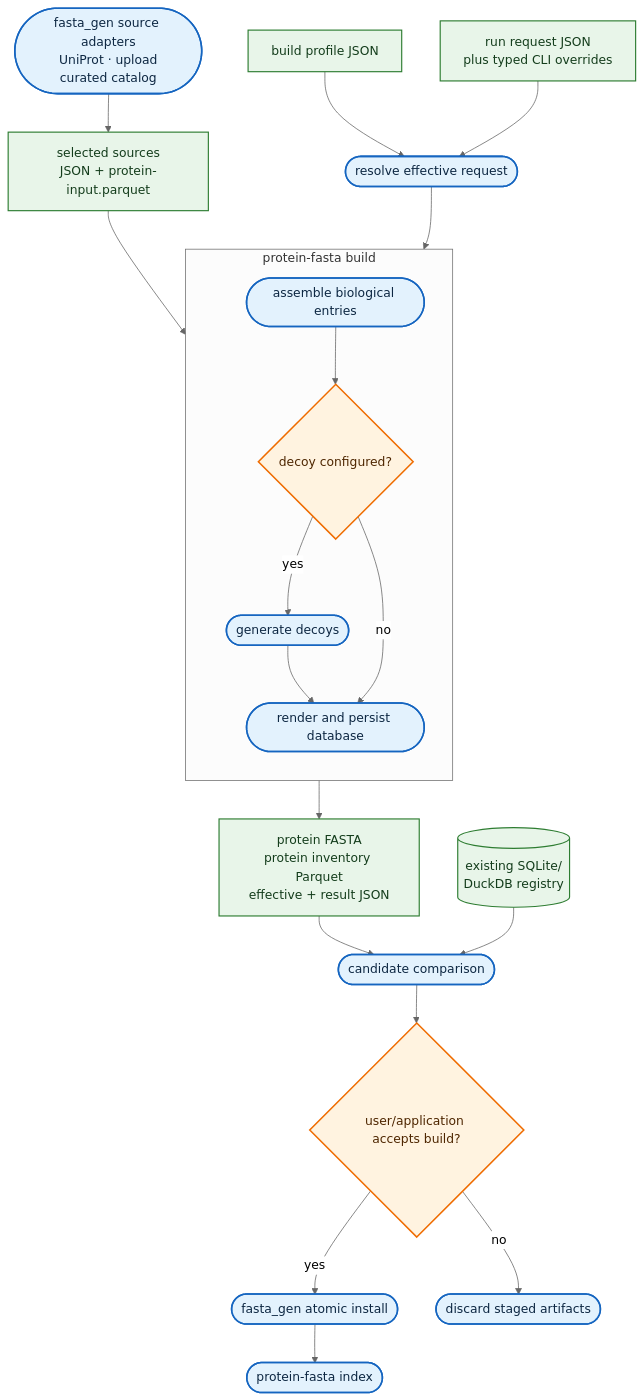
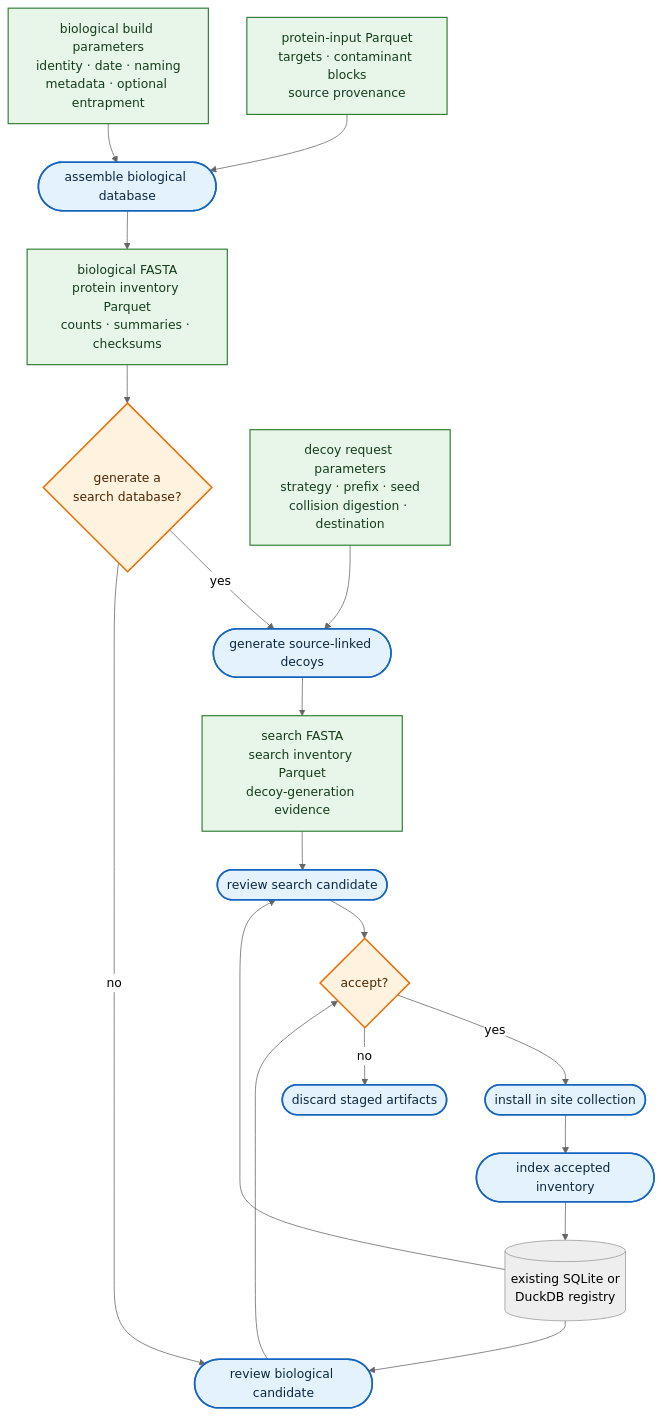
Before and after one commit to anndata-omics-bridge/protein-fasta: the second of 8 diagrams in docs/workflows.md, drawn with Mermaid (neutral theme). The commit also changed other lines of this file and 112 other files, not shown here.

Commit message:
feat: add staged protein and peptide workflows

````diff
--- a/docs/workflows.md
+++ b/docs/workflows.md
@@ -11,33 +42,27 @@
 ```mermaid
 flowchart TB
-    A(["fasta_gen source adapters<br/>UniProt · upload<br/>curated catalog"]) --> B["selected sources<br/>JSON + protein-input.parquet"]
-    P["build profile JSON"] --> C(["resolve effective request"])
-    R["run request JSON<br/>plus typed CLI overrides"] --> C
-    subgraph BUILD["protein-fasta build"]
-        direction TB
-        D(["assemble biological entries"])
-        N{"decoy configured?"}
-        O(["generate decoys"])
-        W(["render and persist database"])
-        D --> N
-        N -->|yes| O
-        O --> W
-        N -->|no| W
-    end
-    B --> D
-    C --> D
-    W --> F["protein FASTA<br/>protein inventory Parquet<br/>effective + result JSON"]
-    F --> H(["candidate comparison"])
-    I[("existing SQLite/<br/>DuckDB registry")] --> H
-    H --> J{"user/application accepts build?"}
-    J -->|yes| K(["fasta_gen atomic install"])
-    K --> L(["protein-fasta index"])
-    J -->|no| M(["discard staged artifacts"])
+    A["protein-input Parquet<br/>targets · contaminant blocks<br/>source provenance"] --> B(["assemble biological database"])
+    P["biological build parameters<br/>identity · date · naming<br/>metadata · optional entrapment"] --> B
+    B --> C["biological FASTA<br/>protein inventory Parquet<br/>counts · summaries · checksums"]
+    C --> D{"generate a<br/>search database?"}
+    Q["decoy request parameters<br/>strategy · prefix · seed<br/>collision digestion · destination"] --> E(["generate source-linked decoys"])
+    D -->|yes| E
+    D -->|no| F(["review biological candidate"])
+    E --> G["search FASTA<br/>search inventory Parquet<br/>decoy-generation evidence"]
+    G --> H(["review search candidate"])
+    F --> I{"accept?"}
+    H --> I
+    R[("existing SQLite or<br/>DuckDB registry")] --> F
+    R --> H
+    I -->|yes| J(["install in site collection"])
+    I -->|no| K(["discard staged artifacts"])
+    J --> L(["index accepted inventory"])
+    L --> R
 
     classDef compute fill:#e3f2fd,stroke:#1565c0,stroke-width:2px,color:#0d2742
     classDef data fill:#e8f5e9,stroke:#2e7d32,stroke-width:1.5px,color:#143d1c
     classDef decision fill:#fff3e0,stroke:#ef6c00,stroke-width:2px,color:#4e2600
-    class A,C,D,O,W,H,K,L,M compute
-    class B,P,R,F,I data
-    class N,J decision
+    class B,E,F,H,J,K,L compute
+    class A,C,P,Q,G data
+    class D,I decision
 ```
````
